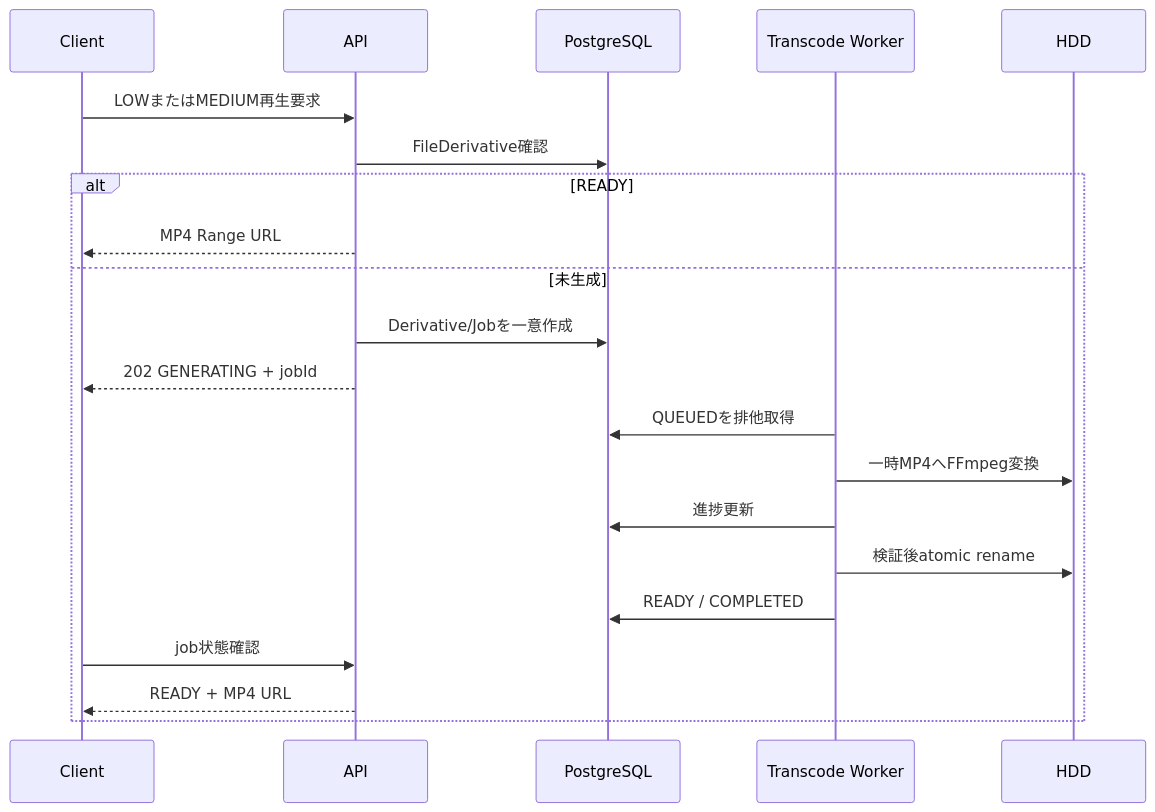
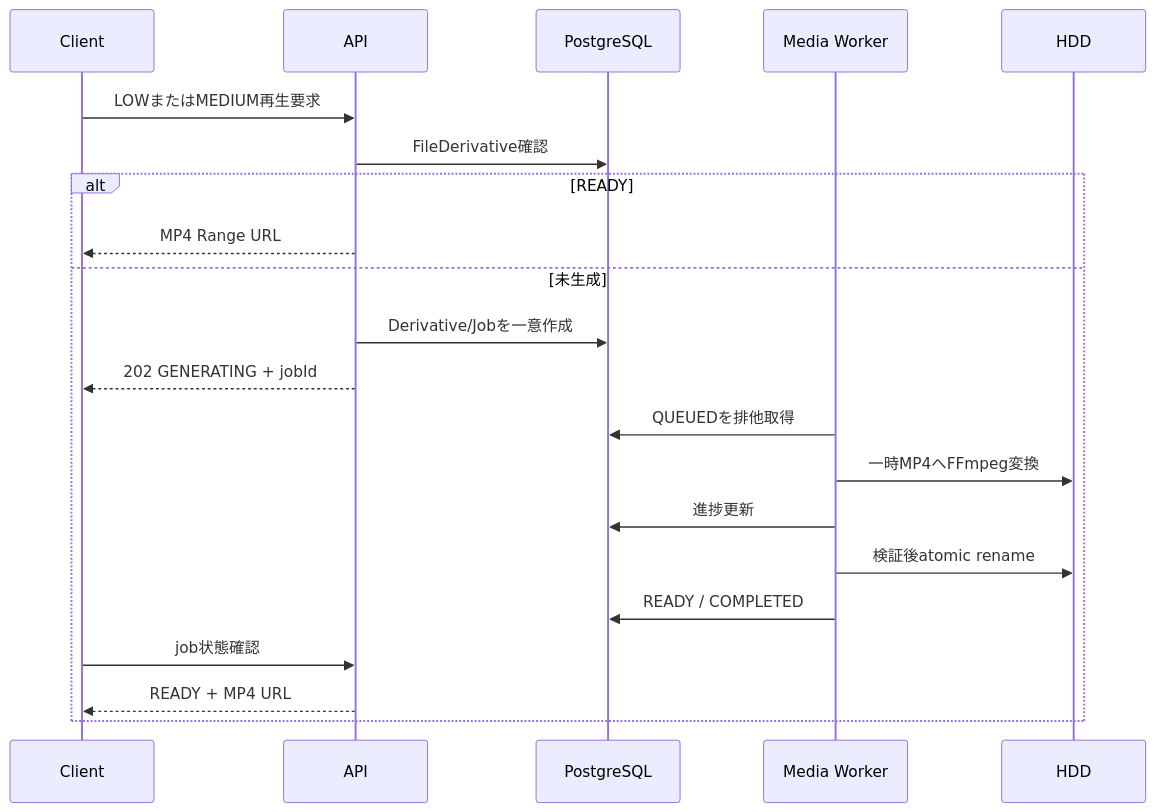
The sixth of 6 diagrams in docs/architecture-design.md (ry825/Kura_Storage), drawn with Mermaid before and after one commit. The commit also changed other lines of this file and 7 other files, not shown here.

````diff
--- a/docs/architecture-design.md
+++ b/docs/architecture-design.md
@@ -841,24 +842,24 @@
 ```mermaid
 sequenceDiagram
     participant C as Client
     participant API as API
     participant DB as PostgreSQL
-    participant W as Transcode Worker
+    participant W as Media Worker
     participant FS as HDD
 
     C->>API: LOWまたはMEDIUM再生要求
     API->>DB: FileDerivative確認
     alt READY
         API-->>C: MP4 Range URL
     else 未生成
         API->>DB: Derivative/Jobを一意作成
         API-->>C: 202 GENERATING + jobId
         W->>DB: QUEUEDを排他取得
         W->>FS: 一時MP4へFFmpeg変換
         W->>DB: 進捗更新
         W->>FS: 検証後atomic rename
         W->>DB: READY / COMPLETED
         C->>API: job状態確認
         API-->>C: READY + MP4 URL
     end
 ```
````
